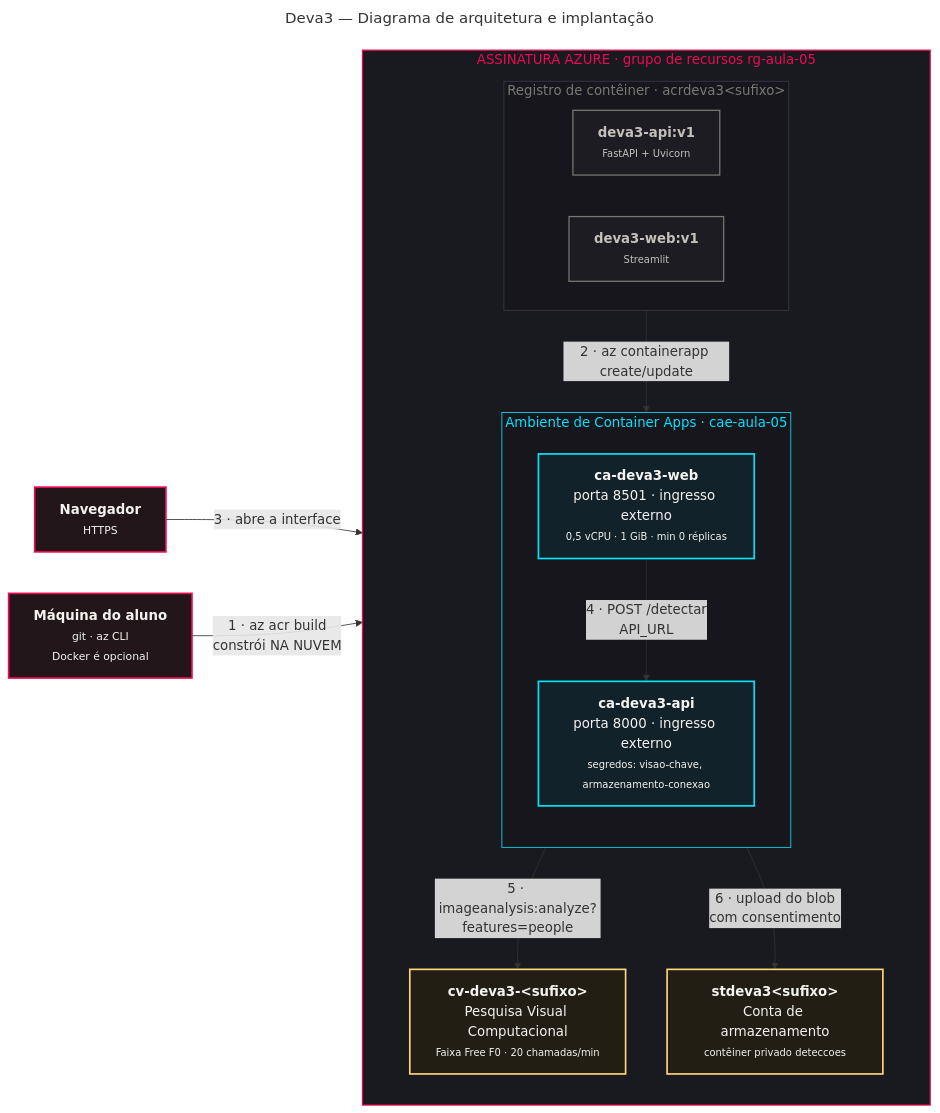
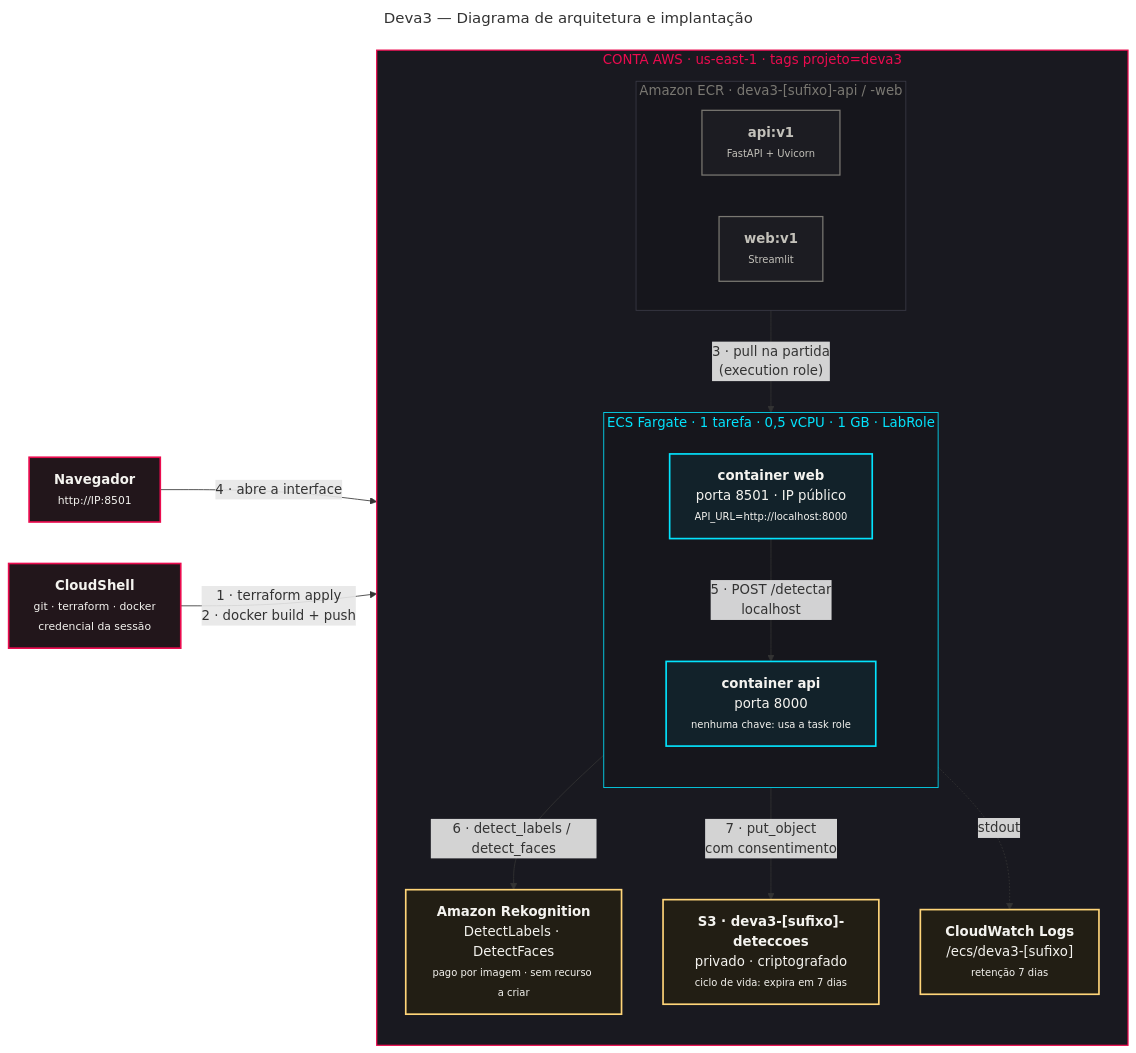
One commit to IsaiasBritto/aie-cloud changed the diagram in aulas/05-bedrock-agents/Lab/docs/diagramas/02-arquitetura.mmd. Above: the diagram before and after it, drawn with Mermaid. The commit also changed 46 other files, not shown here.

First line of the commit message:
Aula 05 Lab Deva3: Rekognition + S3 + ECS Fargate com Terraform

```diff
--- a/aulas/05-bedrock-agents/Lab/docs/diagramas/02-arquitetura.mmd
+++ b/aulas/05-bedrock-agents/Lab/docs/diagramas/02-arquitetura.mmd
@@ -1,47 +1,49 @@
 ---
 title: Deva3 — Diagrama de arquitetura e implantação
 ---
 flowchart LR
 
-    dev["<b>Máquina do aluno</b><br/><span style='font-size:13px'>git · az CLI<br/>Docker é opcional</span>"]
+    dev["<b>CloudShell</b><br/><span style='font-size:13px'>git · terraform · docker<br/>credencial da sessão</span>"]
 
-    subgraph rg["ASSINATURA AZURE · grupo de recursos rg-aula-05"]
+    subgraph conta["CONTA AWS · us-east-1 · tags projeto=deva3"]
         direction TB
 
-        subgraph acrbox["Registro de contêiner · acrdeva3&lt;sufixo&gt;"]
-            imgapi["<b>deva3-api:v1</b><br/><span style='font-size:12px'>FastAPI + Uvicorn</span>"]
-            imgweb["<b>deva3-web:v1</b><br/><span style='font-size:12px'>Streamlit</span>"]
+        subgraph ecrbox["Amazon ECR · deva3-[sufixo]-api / -web"]
+            imgapi["<b>api:v1</b><br/><span style='font-size:12px'>FastAPI + Uvicorn</span>"]
+            imgweb["<b>web:v1</b><br/><span style='font-size:12px'>Streamlit</span>"]
         end
 
-        subgraph cae["Ambiente de Container Apps · cae-aula-05"]
+        subgraph ecs["ECS Fargate · 1 tarefa · 0,5 vCPU · 1 GB · LabRole"]
             direction TB
-            appweb["<b>ca-deva3-web</b><br/>porta 8501 · ingresso externo<br/><span style='font-size:12px'>0,5 vCPU · 1 GiB · min 0 réplicas</span>"]
-            appapi["<b>ca-deva3-api</b><br/>porta 8000 · ingresso externo<br/><span style='font-size:12px'>segredos: visao-chave, armazenamento-conexao</span>"]
+            appweb["<b>container web</b><br/>porta 8501 · IP público<br/><span style='font-size:12px'>API_URL=http://localhost:8000</span>"]
+            appapi["<b>container api</b><br/>porta 8000<br/><span style='font-size:12px'>nenhuma chave: usa a task role</span>"]
         end
 
-        visao["<b>cv-deva3-&lt;sufixo&gt;</b><br/>Pesquisa Visual Computacional<br/><span style='font-size:12px'>Faixa Free F0 · 20 chamadas/min</span>"]
-        storage["<b>stdeva3&lt;sufixo&gt;</b><br/>Conta de armazenamento<br/><span style='font-size:12px'>contêiner privado deteccoes</span>"]
+        rek["<b>Amazon Rekognition</b><br/>DetectLabels · DetectFaces<br/><span style='font-size:12px'>pago por imagem · sem recurso a criar</span>"]
+        s3["<b>S3 · deva3-[sufixo]-deteccoes</b><br/>privado · criptografado<br/><span style='font-size:12px'>ciclo de vida: expira em 7 dias</span>"]
+        logs["<b>CloudWatch Logs</b><br/>/ecs/deva3-[sufixo]<br/><span style='font-size:12px'>retenção 7 dias</span>"]
     end
 
-    navegador["<b>Navegador</b><br/><span style='font-size:13px'>HTTPS</span>"]
+    navegador["<b>Navegador</b><br/><span style='font-size:13px'>http://IP:8501</span>"]
 
-    dev -->|"1 · az acr build<br/>constrói NA NUVEM"| acrbox
-    acrbox -->|"2 · az containerapp create/update"| cae
-    navegador -->|"3 · abre a interface"| appweb
-    appweb -->|"4 · POST /detectar<br/>API_URL"| appapi
-    appapi -->|"5 · imageanalysis:analyze?features=people"| visao
-    appapi -->|"6 · upload do blob<br/>com consentimento"| storage
+    dev -->|"1 · terraform apply<br/>2 · docker build + push"| ecrbox
+    ecrbox -->|"3 · pull na partida<br/>(execution role)"| ecs
+    navegador -->|"4 · abre a interface"| appweb
+    appweb -->|"5 · POST /detectar<br/>localhost"| appapi
+    appapi -->|"6 · detect_labels / detect_faces"| rek
+    appapi -->|"7 · put_object<br/>com consentimento"| s3
+    ecs -.->|"stdout"| logs
 
     classDef externo fill:#22161B,stroke:#EB0B4F,stroke-width:2px,color:#F4F3EF
     classDef app fill:#12222A,stroke:#03E3FD,stroke-width:2px,color:#F4F3EF
     classDef servico fill:#221E14,stroke:#FFD579,stroke-width:2px,color:#F4F3EF
     classDef imagem fill:#1C1C22,stroke:#7A7872,stroke-width:1.5px,color:#C3C1BA
 
     class dev,navegador externo
     class appapi,appweb app
-    class visao,storage servico
+    class rek,s3,logs servico
     class imgapi,imgweb imagem
 
-    style rg fill:#191920,stroke:#EB0B4F,stroke-width:1.5px,color:#EB0B4F
-    style cae fill:#16161C,stroke:#03E3FD,stroke-width:1px,color:#03E3FD
-    style acrbox fill:#16161C,stroke:#3A3A46,stroke-width:1px,color:#7A7872
+    style conta fill:#191920,stroke:#EB0B4F,stroke-width:1.5px,color:#EB0B4F
+    style ecs fill:#16161C,stroke:#03E3FD,stroke-width:1px,color:#03E3FD
+    style ecrbox fill:#16161C,stroke:#3A3A46,stroke-width:1px,color:#7A7872
```
